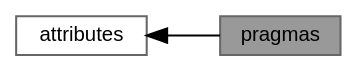
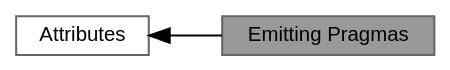
The diagram in d3/d5e/group__pragmas.dot (ekmett/ein), drawn with Graphviz before and after one commit. The commit also changed 196 other files, not shown here.

```diff
--- a/d3/d5e/group__pragmas.dot
+++ b/d3/d5e/group__pragmas.dot
@@ -1,11 +1,11 @@
-digraph "pragmas"
+digraph "Emitting Pragmas"
 {
  // LATEX_PDF_SIZE
   bgcolor="transparent";
   edge [fontname=Helvetica,fontsize=10,labelfontname=Helvetica,labelfontsize=10];
   node [fontname=Helvetica,fontsize=10,shape=box,height=0.2,width=0.4];
   rankdir=LR;
-  Node2 [id="Node000002",label="attributes",height=0.2,width=0.4,color="grey40", fillcolor="white", style="filled",URL="$d4/d86/group__attributes.html",tooltip="macros used to provide useful attributes"];
-  Node1 [id="Node000001",label="pragmas",height=0.2,width=0.4,color="gray40", fillcolor="grey60", style="filled", fontcolor="black",tooltip=" "];
+  Node2 [id="Node000002",label="Attributes",height=0.2,width=0.4,color="grey40", fillcolor="white", style="filled",URL="$d4/d86/group__attributes.html",tooltip="macros used to provide useful attributes"];
+  Node1 [id="Node000001",label="Emitting Pragmas",height=0.2,width=0.4,color="gray40", fillcolor="grey60", style="filled", fontcolor="black",tooltip=" "];
   Node2->Node1 [shape=plaintext, dir="back", style="solid"];
 }
```
